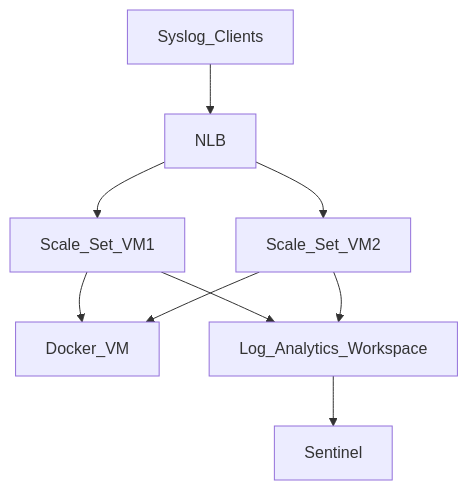
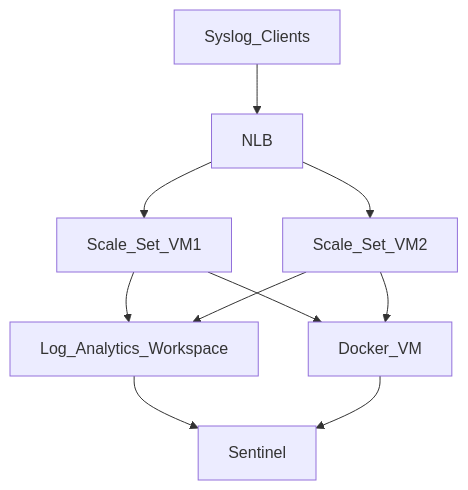
The diagram in RSyslog_Sentinel/README.md (sip03ds/AzAdmin), drawn with Mermaid before and after one commit.

````diff
--- a/RSyslog_Sentinel/README.md
+++ b/RSyslog_Sentinel/README.md
@@ -38,11 +38,12 @@
 ```mermaid
     graph TD;
         Syslog_Clients-->NLB;
         NLB-->Scale_Set_VM1;
         NLB-->Scale_Set_VM2;
         Scale_Set_VM1-->Docker_VM;
         Scale_Set_VM1-->Log_Analytics_Workspace;
         Scale_Set_VM2-->Docker_VM;
         Scale_Set_VM2-->Log_Analytics_Workspace;
         Log_Analytics_Workspace-->Sentinel;
+        Docker_VM-->Sentinel;
 ```
````
